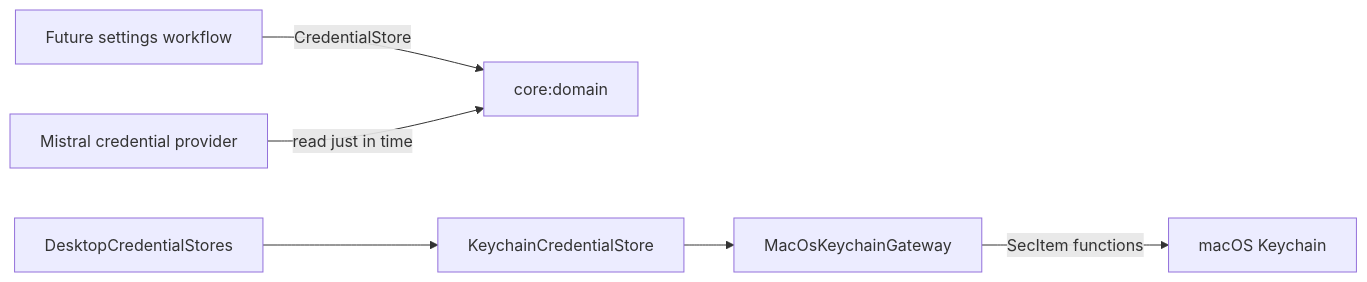
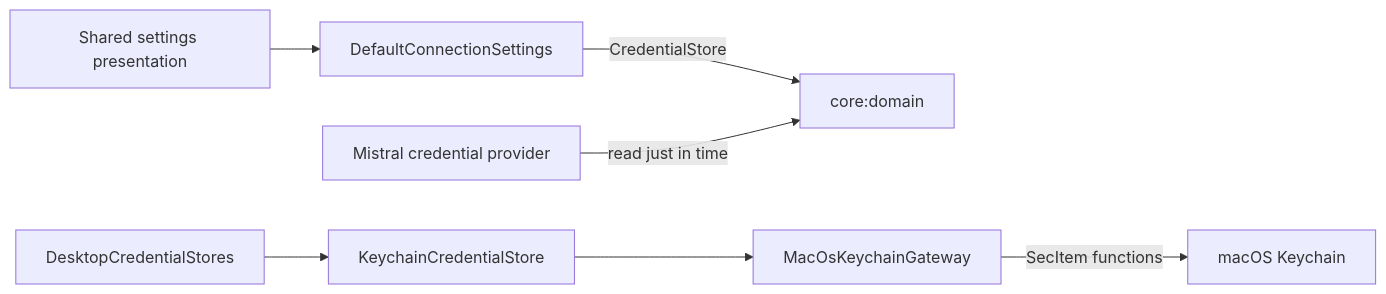
Before and after one commit to artemidius/blowhard: the diagram in docs/architecture/credential-storage.md, drawn with Mermaid. The commit also changed other lines of this file and 3 other files, not shown here.

````diff
--- a/docs/architecture/credential-storage.md
+++ b/docs/architecture/credential-storage.md
@@ -5,8 +5,9 @@
 ```mermaid
 flowchart LR
-    Settings[Future settings workflow] -->|CredentialStore| Domain[core:domain]
+    Settings[DefaultConnectionSettings] -->|CredentialStore| Domain[core:domain]
+    UI[Shared settings presentation] --> Settings
     Provider[Mistral credential provider] -->|read just in time| Domain
     Factory[DesktopCredentialStores] --> Store[KeychainCredentialStore]
     Store --> Gateway[MacOsKeychainGateway]
     Gateway -->|SecItem functions| Keychain[macOS Keychain]
 ```
````
